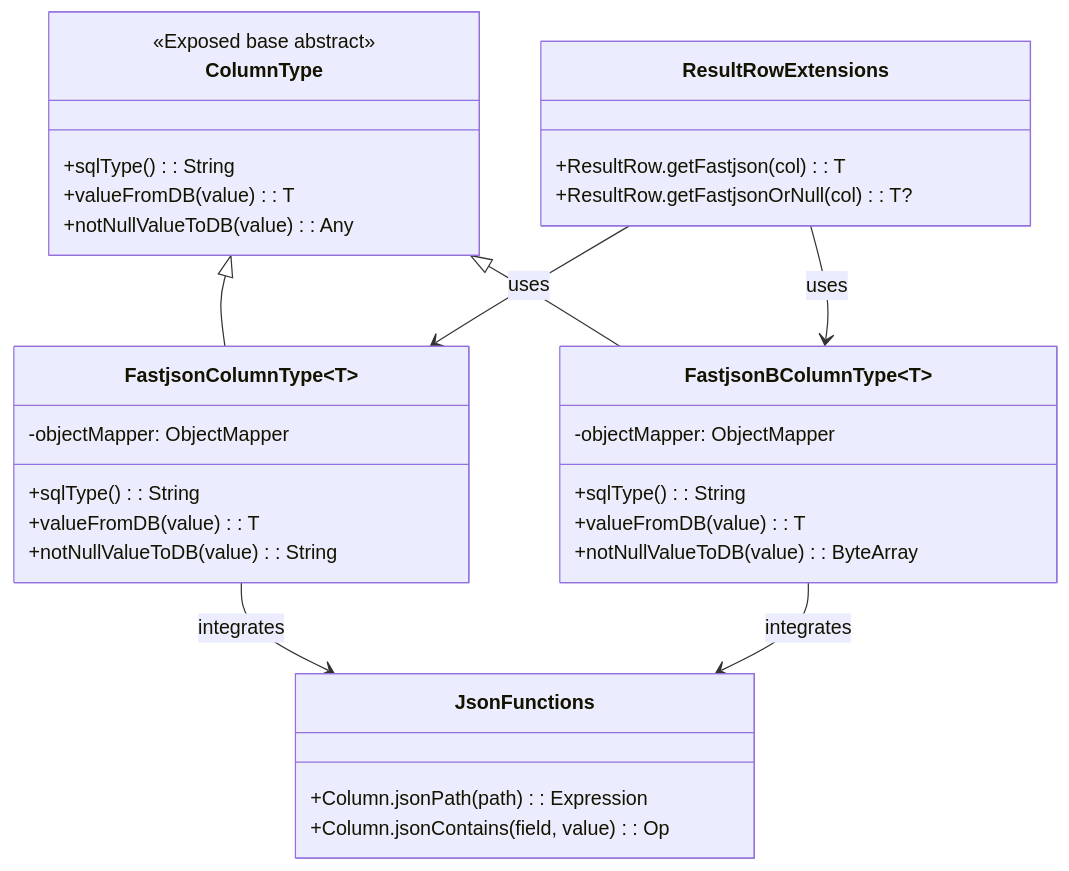
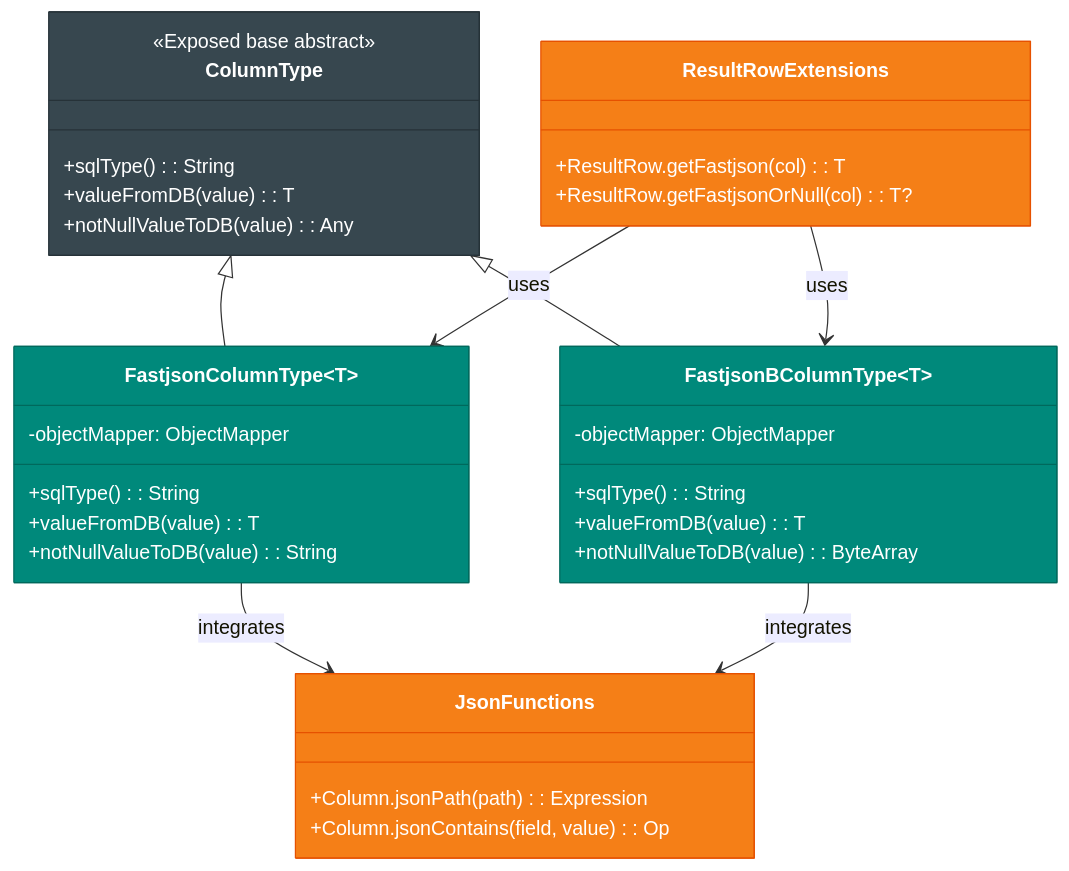
Before and after one commit to bluetape4k/bluetape4k-projects: the second of 3 diagrams in data/exposed-fastjson2/README.md, drawn with Mermaid. The commit also changed other lines of this file and 221 other files, not shown here.

First line of the commit message:
docs: 전체 모듈 README UML 다이어그램 보강 및 색상 업그레이드

````diff
--- a/data/exposed-fastjson2/README.md
+++ b/data/exposed-fastjson2/README.md
@@ -148,36 +151,42 @@
 ```mermaid
 classDiagram
     class ColumnType {
         <<Exposed base abstract>>
         +sqlType(): String
         +valueFromDB(value): T
         +notNullValueToDB(value): Any
     }
     class FastjsonColumnType~T~ {
         -objectMapper: ObjectMapper
         +sqlType(): String
         +valueFromDB(value): T
         +notNullValueToDB(value): String
     }
     class FastjsonBColumnType~T~ {
         -objectMapper: ObjectMapper
         +sqlType(): String
         +valueFromDB(value): T
         +notNullValueToDB(value): ByteArray
     }
     class JsonFunctions {
         +Column.jsonPath(path): Expression
         +Column.jsonContains(field, value): Op
     }
     class ResultRowExtensions {
         +ResultRow.getFastjson(col): T
         +ResultRow.getFastjsonOrNull(col): T?
     }
 
     ColumnType <|-- FastjsonColumnType
     ColumnType <|-- FastjsonBColumnType
     FastjsonColumnType --> JsonFunctions : integrates
     FastjsonBColumnType --> JsonFunctions : integrates
     ResultRowExtensions --> FastjsonColumnType : uses
     ResultRowExtensions --> FastjsonBColumnType : uses
+
+    style ColumnType fill:#37474F,stroke:#263238,color:#FFFFFF
+    style FastjsonColumnType fill:#00897B,stroke:#00695C,color:#FFFFFF
+    style FastjsonBColumnType fill:#00897B,stroke:#00695C,color:#FFFFFF
+    style JsonFunctions fill:#F57F17,stroke:#E65100,color:#FFFFFF
+    style ResultRowExtensions fill:#F57F17,stroke:#E65100,color:#FFFFFF
 ```
````
